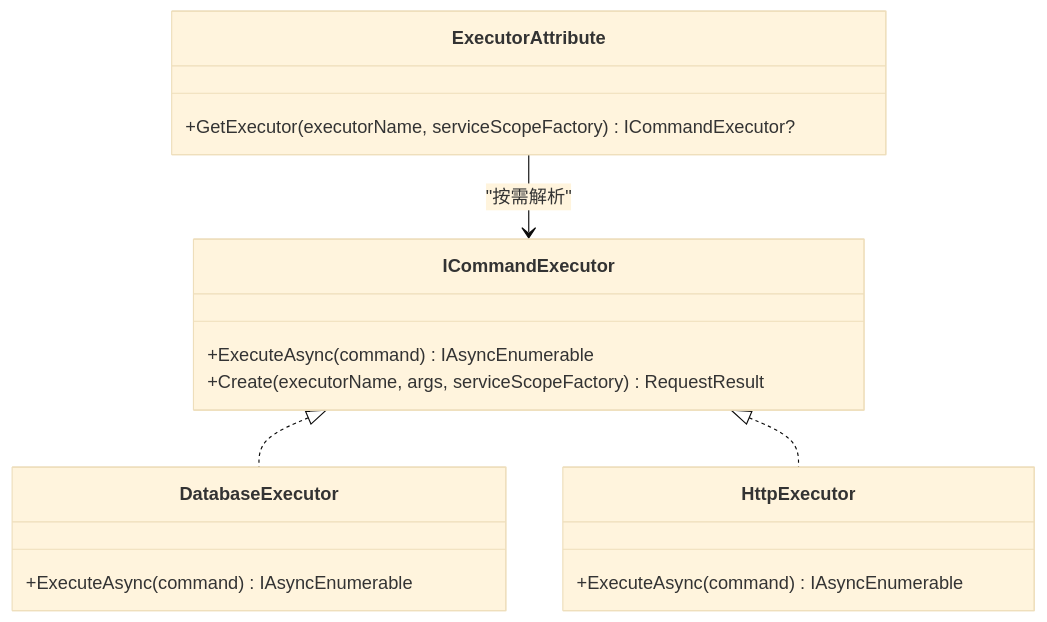
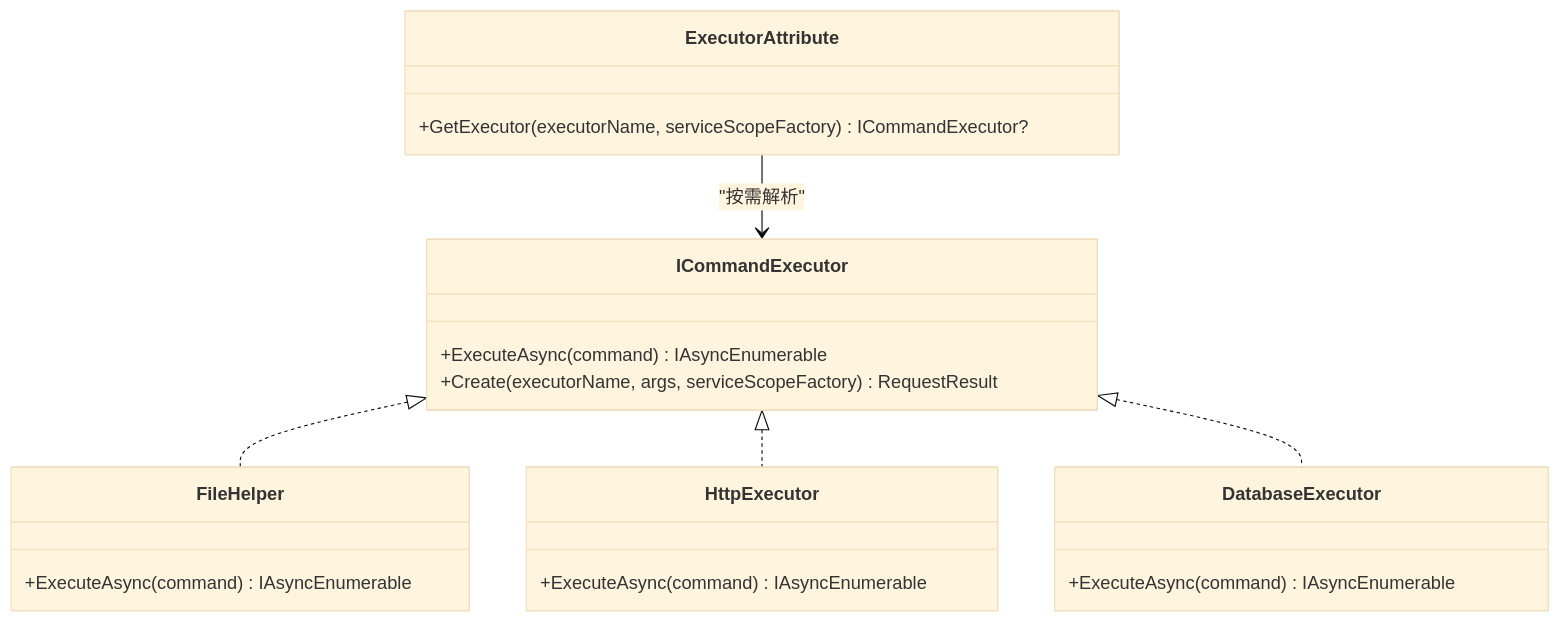
Before and after one commit to Sosososolong/AirGo: the third of 5 diagrams in .qoder/repowiki/zh/content/核心架构设计/依赖注入容器.md, drawn with Mermaid (base theme). The commit also changed other lines of this file and 13 other files, not shown here.

````diff
--- a/.qoder/repowiki/zh/content/核心架构设计/依赖注入容器.md
+++ b/.qoder/repowiki/zh/content/核心架构设计/依赖注入容器.md
@@ -188,19 +194,23 @@
 ```mermaid
 classDiagram
 class ICommandExecutor {
 +ExecuteAsync(command) IAsyncEnumerable<CommandResult>
 +Create(executorName, args, serviceScopeFactory) RequestResult
 }
 class ExecutorAttribute {
 +GetExecutor(executorName, serviceScopeFactory) ICommandExecutor?
 }
-class DatabaseExecutor {
+class FileHelper {
 +ExecuteAsync(command) IAsyncEnumerable<CommandResult>
 }
 class HttpExecutor {
 +ExecuteAsync(command) IAsyncEnumerable<CommandResult>
 }
+class DatabaseExecutor {
++ExecuteAsync(command) IAsyncEnumerable<CommandResult>
+}
+ICommandExecutor <|.. FileHelper
+ICommandExecutor <|.. HttpExecutor
 ICommandExecutor <|.. DatabaseExecutor
-ICommandExecutor <|.. HttpExecutor
 ExecutorAttribute --> ICommandExecutor : "按需解析"
 ```
````
